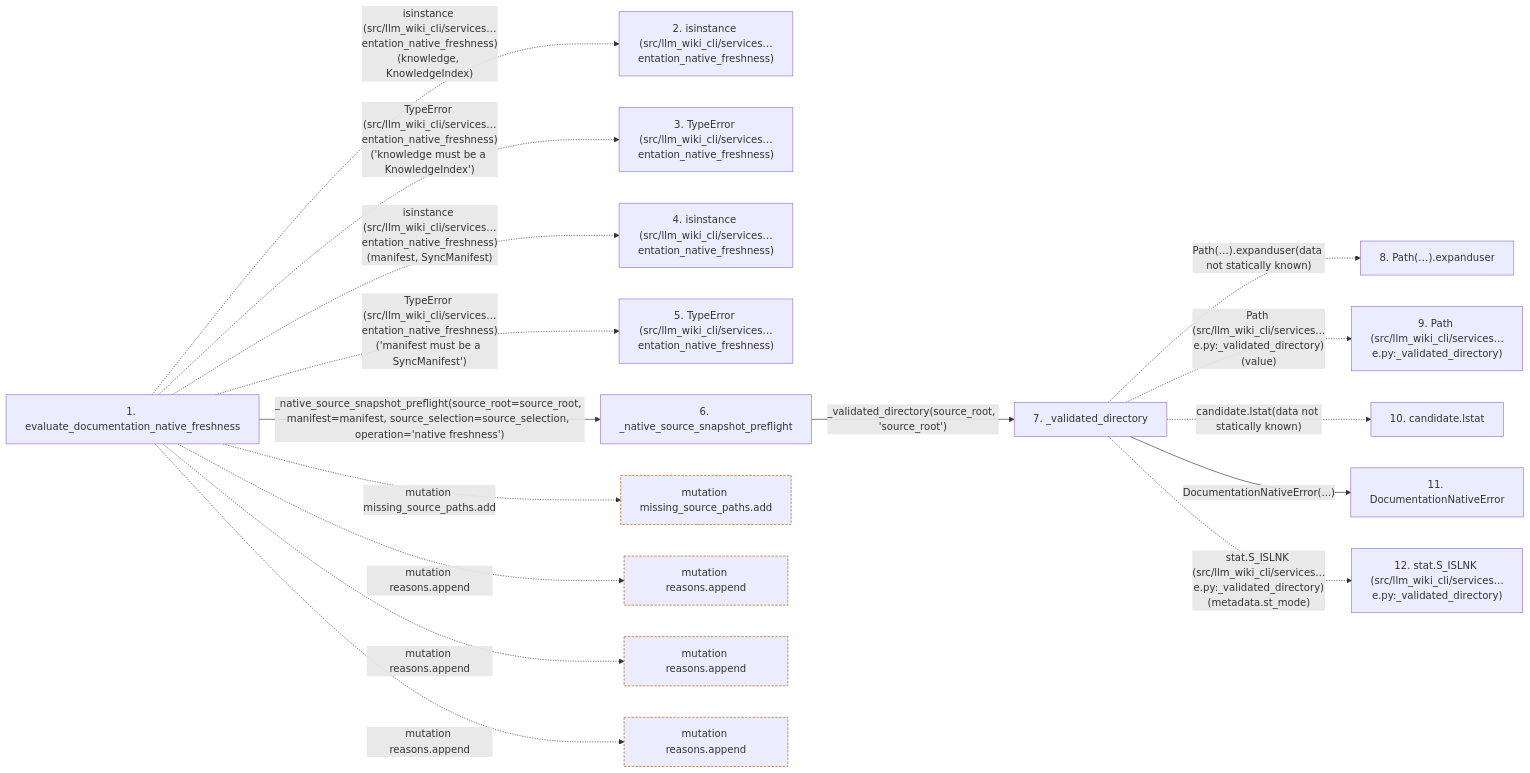
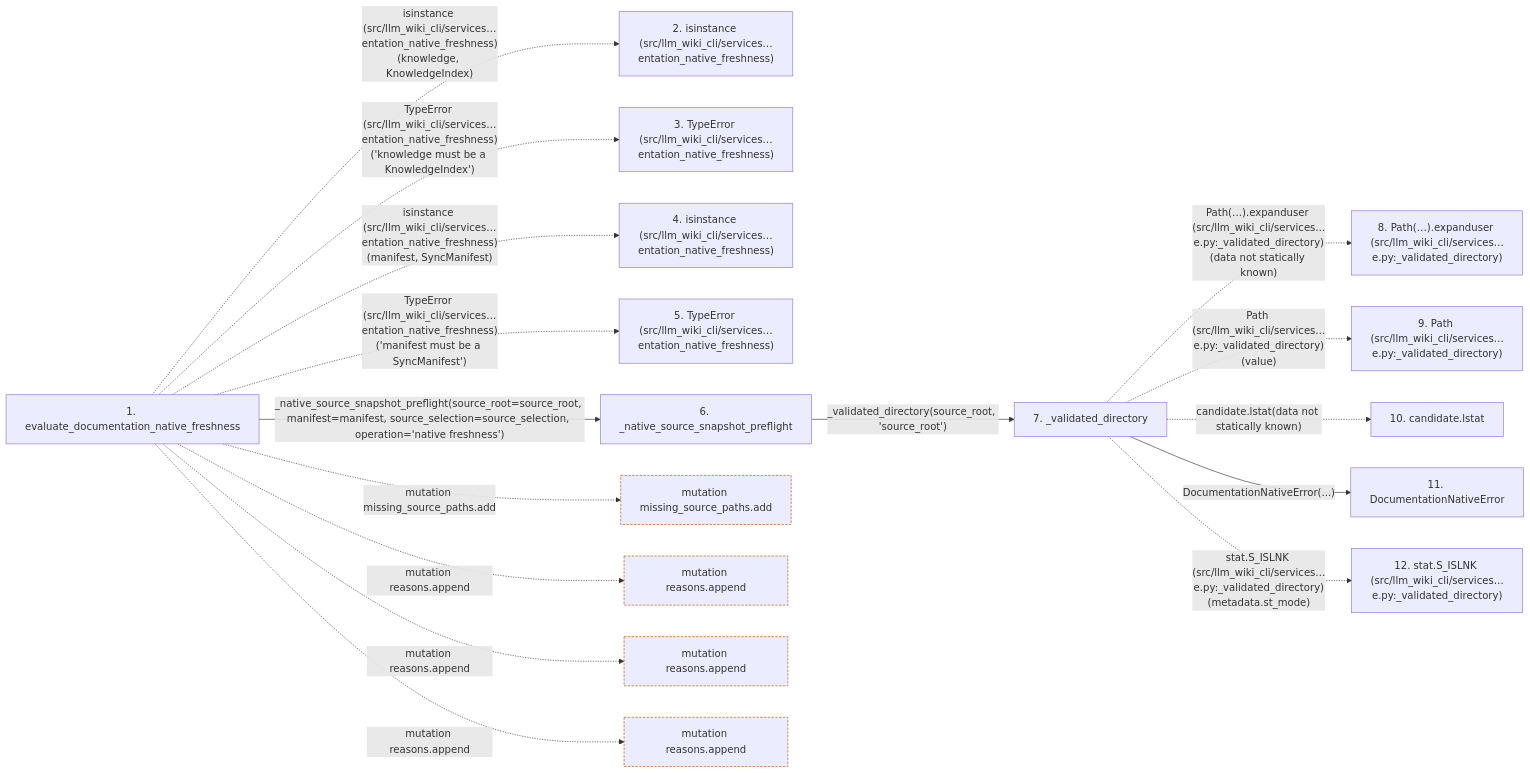
One commit to Denissvgn/python-wiki-llm changed the second of 2 diagrams in docs/llm_wiki/flows/api-evaluate_documentation_native_freshness.md. Above: the diagram before and after it, drawn with Mermaid. The commit also changed other lines of this file and 334 other files, not shown here.

````diff
--- a/docs/llm_wiki/flows/api-evaluate_documentation_native_freshness.md
+++ b/docs/llm_wiki/flows/api-evaluate_documentation_native_freshness.md
@@ -183,43 +183,43 @@
 ```mermaid
 flowchart LR
     s1["1. evaluate_documentation_native_freshness"]
     s2["2. isinstance (src/llm_wiki_cli/services…entation_native_freshness)"]
     s3["3. TypeError (src/llm_wiki_cli/services…entation_native_freshness)"]
     s4["4. isinstance (src/llm_wiki_cli/services…entation_native_freshness)"]
     s5["5. TypeError (src/llm_wiki_cli/services…entation_native_freshness)"]
     s6["6. _native_source_snapshot_preflight"]
     s7["7. _validated_directory"]
-    s8["8. Path(…).expanduser"]
+    s8["8. Path(…).expanduser (src/llm_wiki_cli/services…e.py:_validated_directory)"]
     s9["9. Path (src/llm_wiki_cli/services…e.py:_validated_directory)"]
     s10["10. candidate.lstat"]
     s11["11. DocumentationNativeError"]
     s12["12. stat.S_ISLNK (src/llm_wiki_cli/services…e.py:_validated_directory)"]
     s1 -. "isinstance (src/llm_wiki_cli/services…entation_native_freshness)(knowledge, KnowledgeIndex)" .-> s2
     s1 -. "TypeError (src/llm_wiki_cli/services…entation_native_freshness)('knowledge must be a KnowledgeIndex')" .-> s3
     s1 -. "isinstance (src/llm_wiki_cli/services…entation_native_freshness)(manifest, SyncManifest)" .-> s4
     s1 -. "TypeError (src/llm_wiki_cli/services…entation_native_freshness)('manifest must be a SyncManifest')" .-> s5
     s1 -->|"_native_source_snapshot_preflight(source_root=source_root, manifest=manifest, source_selection=source_selection, operation='native freshness')"| s6
     s6 -->|"_validated_directory(source_root, 'source_root')"| s7
-    s7 -. "Path(…).expanduser(data not statically known)" .-> s8
+    s7 -. "Path(…).expanduser (src/llm_wiki_cli/services…e.py:_validated_directory)(data not statically known)" .-> s8
     s7 -. "Path (src/llm_wiki_cli/services…e.py:_validated_directory)(value)" .-> s9
     s7 -. "candidate.lstat(data not statically known)" .-> s10
     s7 -->|"DocumentationNativeError(...)"| s11
     s7 -. "stat.S_ISLNK (src/llm_wiki_cli/services…e.py:_validated_directory)(metadata.st_mode)" .-> s12
     b0["mutation missing_source_paths.add"]
     s1 -. "mutation missing_source_paths.add" .-> b0
     b1["mutation reasons.append"]
     s1 -. "mutation reasons.append" .-> b1
     b2["mutation reasons.append"]
     s1 -. "mutation reasons.append" .-> b2
     b3["mutation reasons.append"]
     s1 -. "mutation reasons.append" .-> b3
     click s1 "../modules/documentation_native.md"
     click s6 "../modules/documentation_native.md"
     click s7 "../modules/documentation_native.md"
     click s11 "../modules/documentation_native.md"
     classDef boundary stroke:#b45309,stroke-dasharray: 4 2
     class b0 boundary
     class b1 boundary
     class b2 boundary
     class b3 boundary
 ```
````
